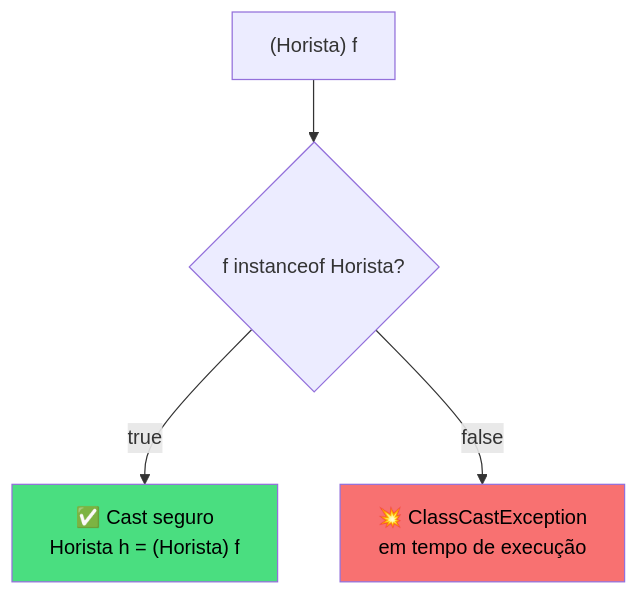
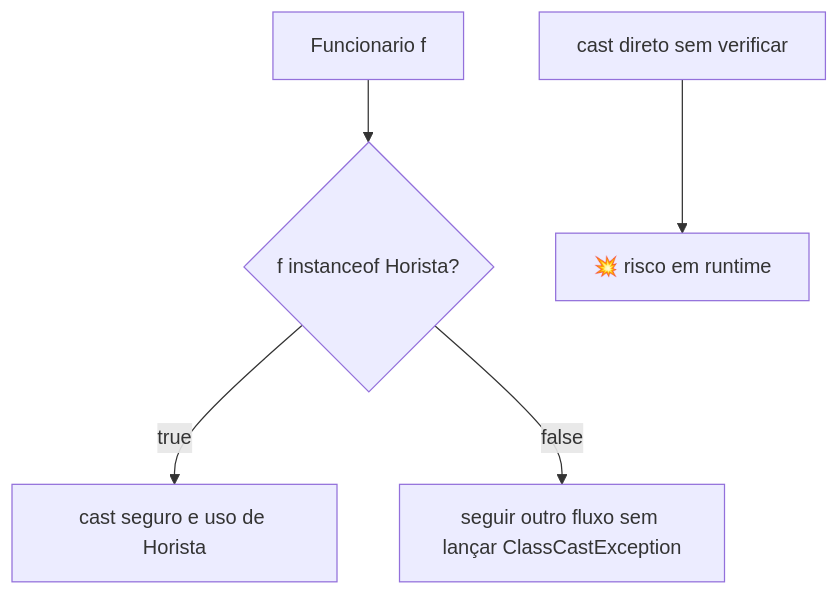
Before and after one commit to emanoelsp/poo-essential-academy: the second of 2 diagrams in src/content/modulo-05/encontro-16.md, drawn with Mermaid. The commit also changed other lines of this file and 1 other file, not shown here.

````diff
--- a/src/content/modulo-05/encontro-16.md
+++ b/src/content/modulo-05/encontro-16.md
@@ -98,8 +224,7 @@
 ```mermaid
 flowchart TD
-    A["(Horista) f"] --> CHECK{f instanceof Horista?}
-    CHECK -->|true| B["✅ Cast seguro\nHorista h = (Horista) f"]
-    CHECK -->|false| C["💥 ClassCastException\nem tempo de execução"]
-    style C fill:#f87171,color:#000
-    style B fill:#4ade80,color:#000
+    A["Funcionario f"] --> B{"f instanceof Horista?"}
+    B -->|true| C["cast seguro e uso de Horista"]
+    B -->|false| D["seguir outro fluxo sem lançar ClassCastException"]
+    E["cast direto sem verificar"] --> F["💥 risco em runtime"]
 ```
````
